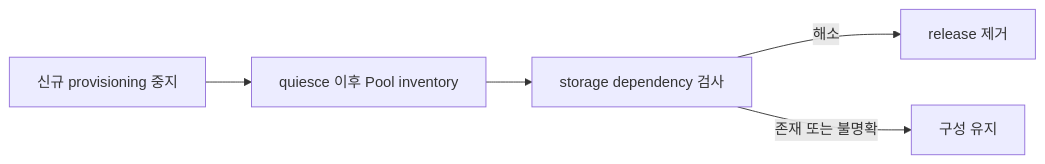
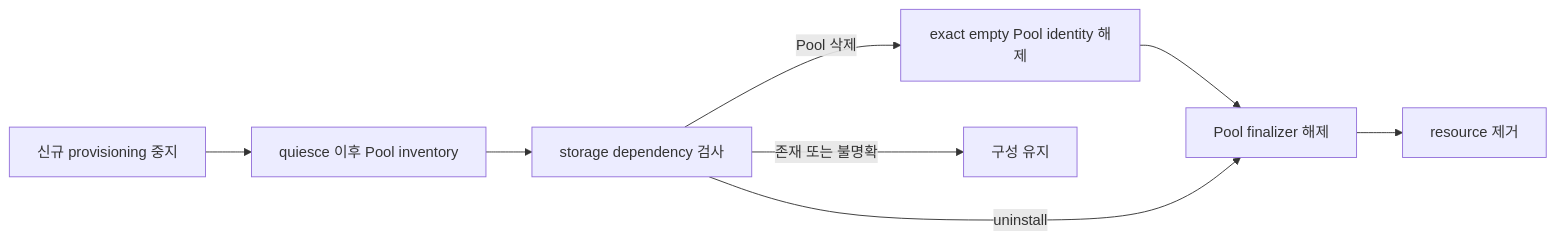
One commit to cagojeiger/ShiftPV changed the diagram in docs/adr/0011-fail-closed-uninstall-guard.md. Above: the diagram before and after it, drawn with Mermaid. The commit also changed other lines of this file and 30 other files, not shown here.

Commit message:
fix: fence pool identity release

````diff
--- a/docs/adr/0011-fail-closed-uninstall-guard.md
+++ b/docs/adr/0011-fail-closed-uninstall-guard.md
@@ -14,7 +14,10 @@
 ```mermaid
 flowchart LR
     STOP[신규 provisioning 중지] --> OBSERVE[quiesce 이후 Pool inventory]
     OBSERVE --> CHECK[storage dependency 검사]
-    CHECK -->|해소| DELETE[release 제거]
+    CHECK -->|Pool 삭제| ID[exact empty Pool identity 해제]
+    ID --> RELEASE[Pool finalizer 해제]
+    CHECK -->|uninstall| RELEASE
+    RELEASE --> DELETE[resource 제거]
     CHECK -->|존재 또는 불명확| HOLD[구성 유지]
 ```
````
